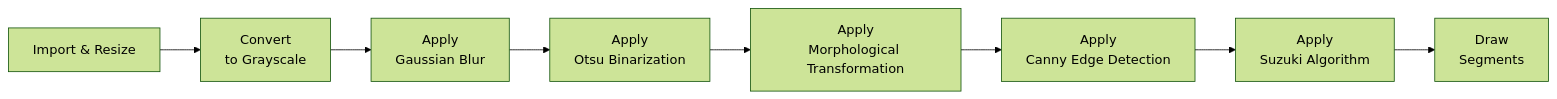
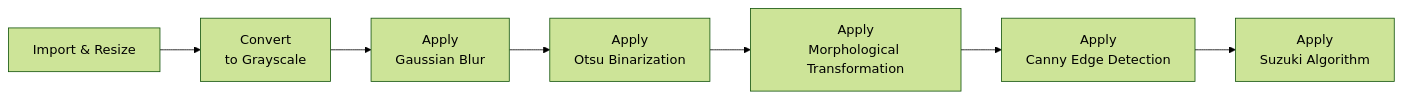
One commit to krieger1512/Bild1_Segmentation changed the second of 3 diagrams in README.md. Above: the diagram before and after it, drawn with Mermaid (forest theme). The commit also changed other lines of this file and 13 other files, not shown here.

````diff
--- a/README.md
+++ b/README.md
@@ -211,22 +262,19 @@
 ```mermaid
 flowchart LR
   import_resize[Import & Resize]
 
   convert_grayscale[Convert\nto Grayscale]
 
   gaussian_blur[Apply\nGaussian Blur]
 
   otsu[Apply\nOtsu Binarization]
 
   morph[Apply\nMorphological Transformation]
 
   canny[Apply\nCanny Edge Detection]
 
   suzuki[Apply\nSuzuki Algorithm]
-
-  draw[Draw\nSegments]
-
   
-  import_resize --> convert_grayscale --> gaussian_blur --> otsu --> morph --> canny --> suzuki --> draw
+  import_resize --> convert_grayscale --> gaussian_blur --> otsu --> morph --> canny --> suzuki
   
 ```
````
